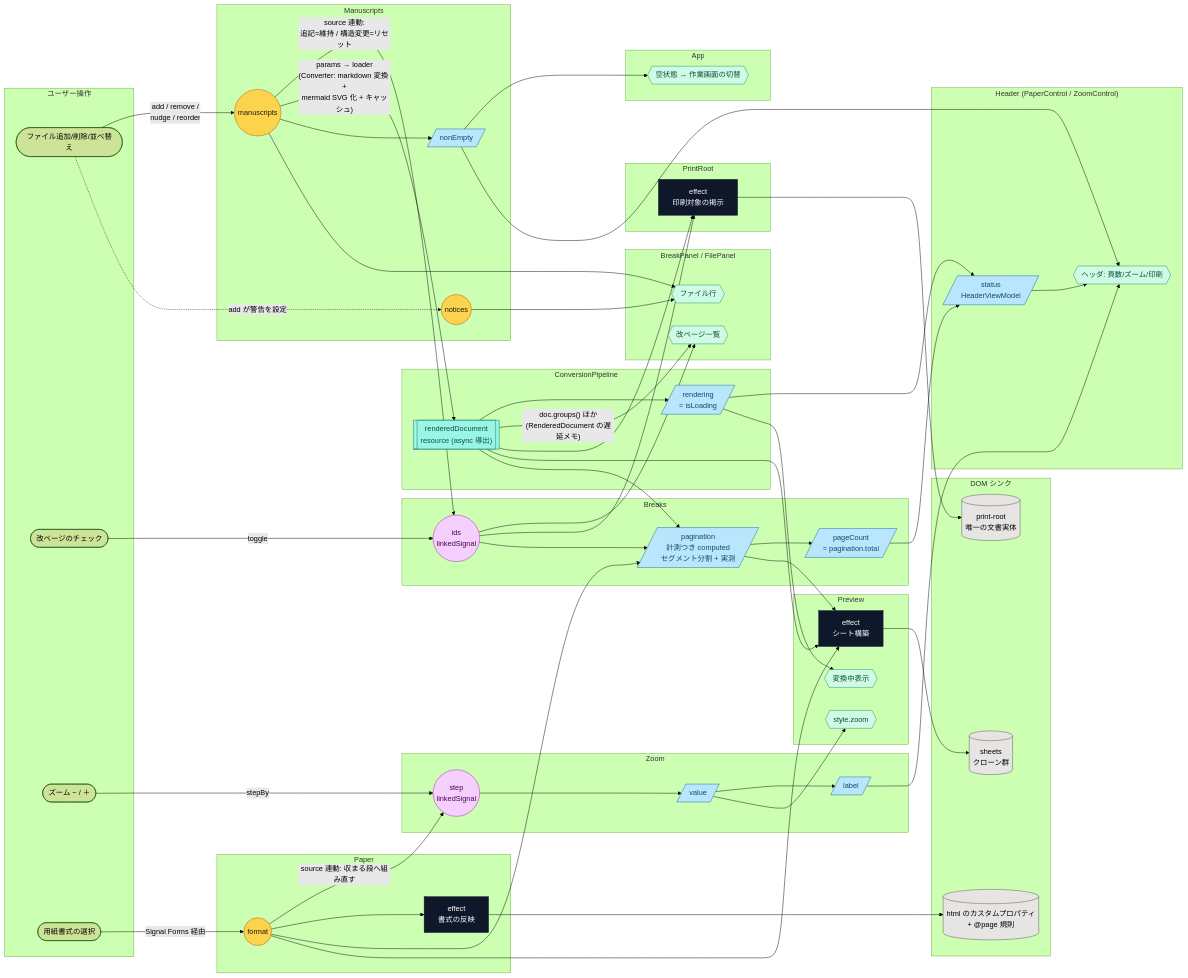
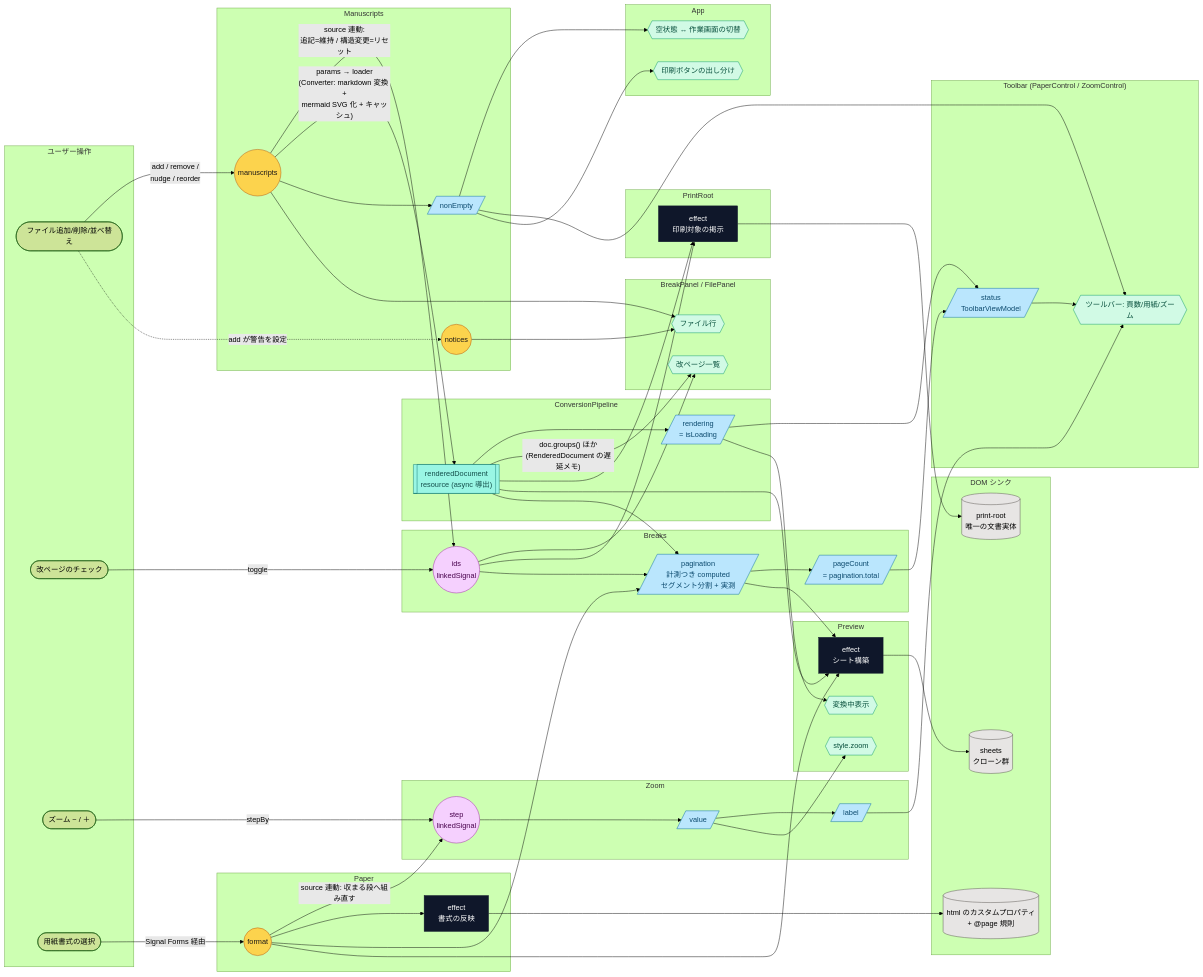
One commit to lacolaco/printmd changed the diagram in docs/signal-graph.md. Above: the diagram before and after it, drawn with Mermaid (forest theme). The commit also changed other lines of this file and 15 other files, not shown here.

````diff
--- a/docs/signal-graph.md
+++ b/docs/signal-graph.md
@@ -49,13 +49,14 @@
     VC2[/label/]
   end
 
-  subgraph HeaderC["Header (PaperControl / ZoomControl)"]
-    HC1[/status<br/>HeaderViewModel/]
-    T1{{ヘッダ: 頁数/ズーム/印刷}}
+  subgraph ToolbarC["Toolbar (PaperControl / ZoomControl)"]
+    HC1[/status<br/>ToolbarViewModel/]
+    T1{{ツールバー: 頁数/用紙/ズーム}}
   end
 
   subgraph AppC["App"]
     T2{{空状態 ↔ 作業画面の切替}}
+    T7{{印刷ボタンの出し分け}}
   end
 
   subgraph PrintC["PrintRoot"]
@@ -122,6 +123,7 @@
   HC1 --> T1
   VC2 --> T1
   C1 --> T1
+  C1 --> T7
 
   classDef sig fill:#fcd34d,stroke:#b45309,color:#1c1917
   classDef comp fill:#bae6fd,stroke:#0369a1,color:#0c4a6e
@@ -136,6 +138,6 @@
   class S2,V1 linked
   class C1,S3,VC1,VC2,HC1,V2,V3 comp
   class AE1,AE2,PE1 eff
-  class T1,T2,T3,T4,T5,T6 tmpl
+  class T1,T2,T3,T4,T5,T6,T7 tmpl
   class D1,D2,D3 dom
 ```
````
